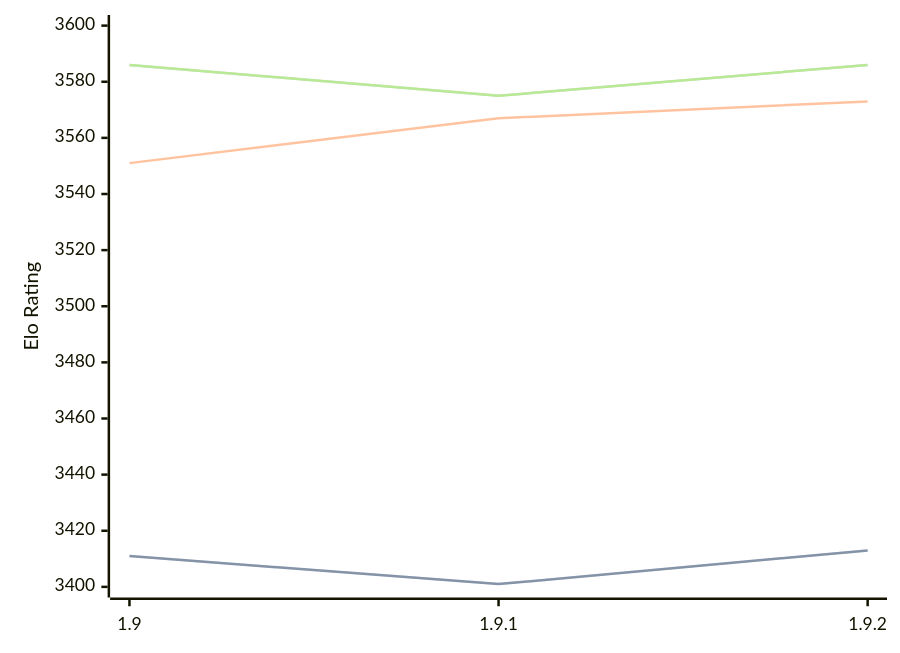
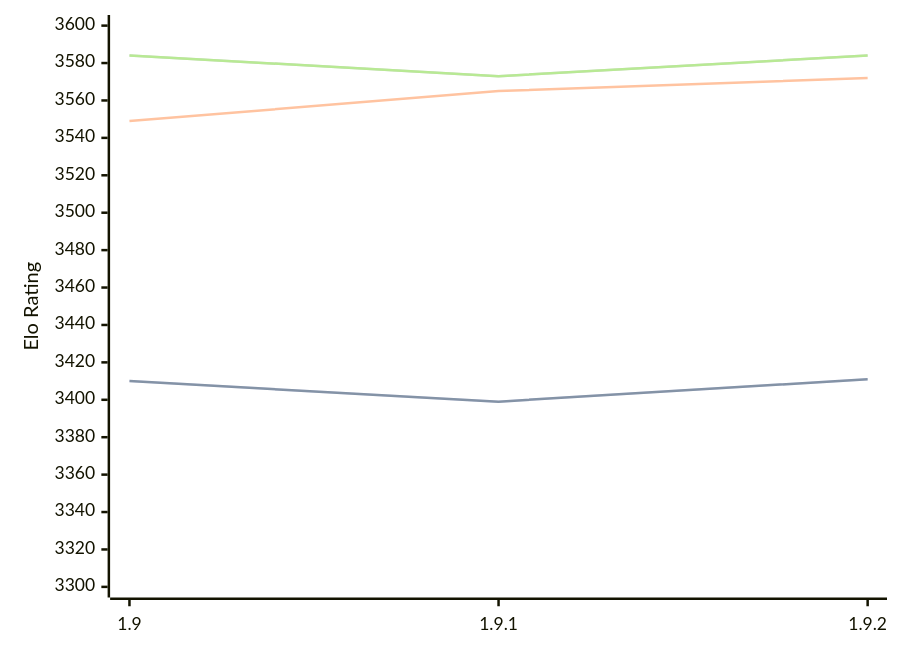
One commit to computer-chess-index/cci changed the diagram in engines/Pawnocchio.md. Above: the diagram before and after it, drawn with Mermaid. The commit also changed other lines of this file, not shown here.

Commit message:
Update CCI Ratings (ELO VLTC) - 2026-04-26

````diff
--- a/engines/Pawnocchio.md
+++ b/engines/Pawnocchio.md
@@ -48,11 +48,11 @@
 ```mermaid
 %%{init: {"theme":"base","themeVariables":{"seriesColors:['#a3a3a3','#222221','#faa371']}}}%%
 xychart-beta
   x-axis ["1.9", "1.9.1", "1.9.2"]
-  y-axis "Elo Rating" 3400 --> 3600
-  line "STC (8.0+0.08s)" [3411, 3401, 3413]
-  line "STC (8.0+0.08s)" [3411, 3401, 3413]
-  line "LTC (60.0+0.60s)" [3551, 3567, 3573]
-  line "VLTC (2m24s+1.12s)" [3586, 3575, 3586]
-  line "VLTC (2m24s+1.12s)" [3586, 3575, 3586]
+  y-axis "Elo Rating" 3300 --> 3600
+  line "STC (8.0+0.08s)" [3410, 3399, 3411]
+  line "STC (8.0+0.08s)" [3410, 3399, 3411]
+  line "LTC (60.0+0.60s)" [3549, 3565, 3572]
+  line "VLTC (2m24s+1.12s)" [3584, 3573, 3584]
+  line "VLTC (2m24s+1.12s)" [3584, 3573, 3584]
 ```
````
